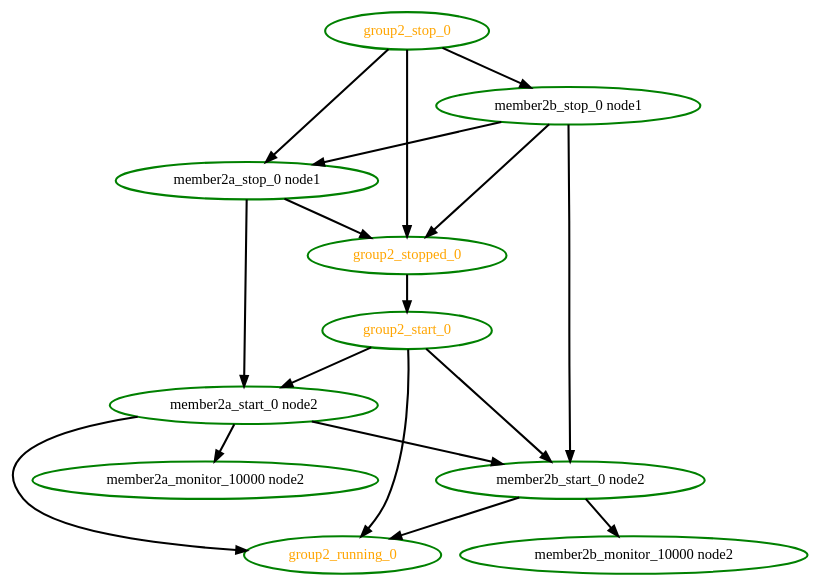
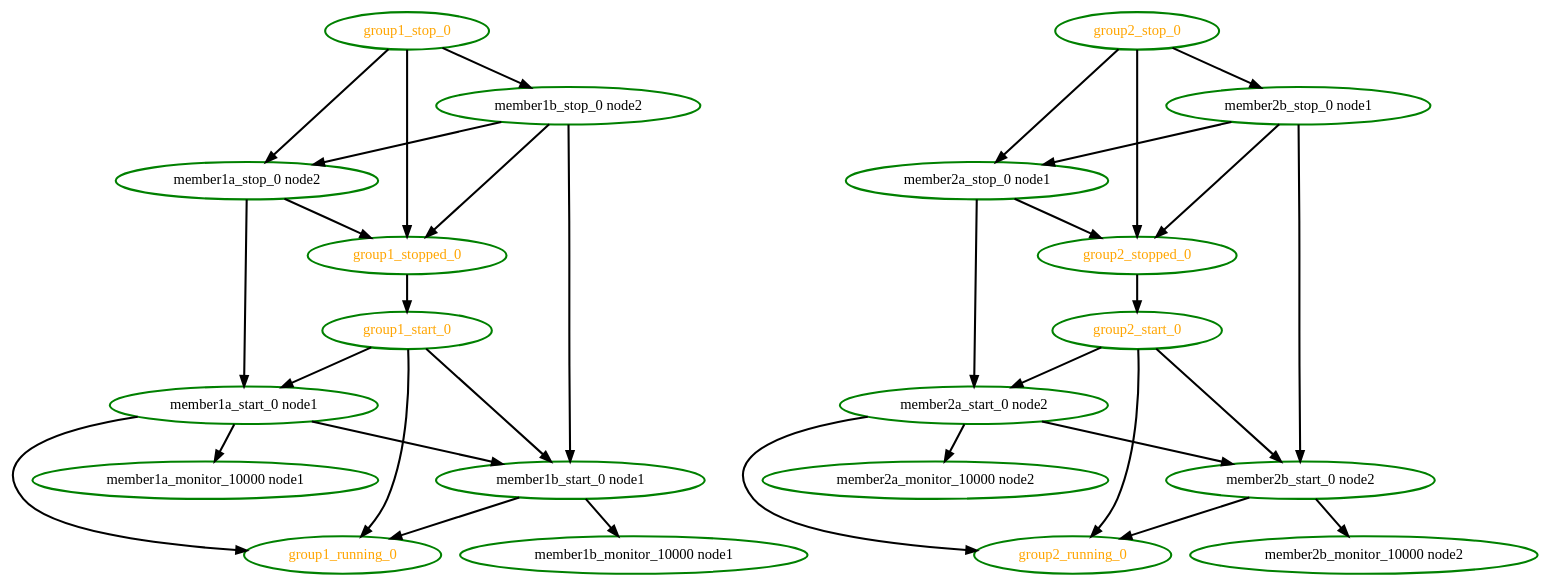
One commit to ClusterLabs/pacemaker changed the diagram in cts/scheduler/dot/group-anticolocation.dot. Above: the diagram before and after it, drawn with Graphviz. The commit also changed 4 other files, not shown here.

```diff
--- a/cts/scheduler/dot/group-anticolocation.dot
+++ b/cts/scheduler/dot/group-anticolocation.dot
@@ -1,29 +1,56 @@
  digraph "g" {
+"group1_running_0" [ style=bold color="green" fontcolor="orange"]
+"group1_start_0" -> "group1_running_0" [ style = bold]
+"group1_start_0" -> "member1a_start_0 node1" [ style = bold]
+"group1_start_0" -> "member1b_start_0 node1" [ style = bold]
+"group1_start_0" [ style=bold color="green" fontcolor="orange"]
+"group1_stop_0" -> "group1_stopped_0" [ style = bold]
+"group1_stop_0" -> "member1a_stop_0 node2" [ style = bold]
+"group1_stop_0" -> "member1b_stop_0 node2" [ style = bold]
+"group1_stop_0" [ style=bold color="green" fontcolor="orange"]
+"group1_stopped_0" -> "group1_start_0" [ style = bold]
+"group1_stopped_0" [ style=bold color="green" fontcolor="orange"]
 "group2_running_0" [ style=bold color="green" fontcolor="orange"]
 "group2_start_0" -> "group2_running_0" [ style = bold]
 "group2_start_0" -> "member2a_start_0 node2" [ style = bold]
 "group2_start_0" -> "member2b_start_0 node2" [ style = bold]
 "group2_start_0" [ style=bold color="green" fontcolor="orange"]
 "group2_stop_0" -> "group2_stopped_0" [ style = bold]
 "group2_stop_0" -> "member2a_stop_0 node1" [ style = bold]
 "group2_stop_0" -> "member2b_stop_0 node1" [ style = bold]
 "group2_stop_0" [ style=bold color="green" fontcolor="orange"]
 "group2_stopped_0" -> "group2_start_0" [ style = bold]
 "group2_stopped_0" [ style=bold color="green" fontcolor="orange"]
+"member1a_monitor_10000 node1" [ style=bold color="green" fontcolor="black"]
+"member1a_start_0 node1" -> "group1_running_0" [ style = bold]
+"member1a_start_0 node1" -> "member1a_monitor_10000 node1" [ style = bold]
+"member1a_start_0 node1" -> "member1b_start_0 node1" [ style = bold]
+"member1a_start_0 node1" [ style=bold color="green" fontcolor="black"]
+"member1a_stop_0 node2" -> "group1_stopped_0" [ style = bold]
+"member1a_stop_0 node2" -> "member1a_start_0 node1" [ style = bold]
+"member1a_stop_0 node2" [ style=bold color="green" fontcolor="black"]
+"member1b_monitor_10000 node1" [ style=bold color="green" fontcolor="black"]
+"member1b_start_0 node1" -> "group1_running_0" [ style = bold]
+"member1b_start_0 node1" -> "member1b_monitor_10000 node1" [ style = bold]
+"member1b_start_0 node1" [ style=bold color="green" fontcolor="black"]
+"member1b_stop_0 node2" -> "group1_stopped_0" [ style = bold]
+"member1b_stop_0 node2" -> "member1a_stop_0 node2" [ style = bold]
+"member1b_stop_0 node2" -> "member1b_start_0 node1" [ style = bold]
+"member1b_stop_0 node2" [ style=bold color="green" fontcolor="black"]
 "member2a_monitor_10000 node2" [ style=bold color="green" fontcolor="black"]
 "member2a_start_0 node2" -> "group2_running_0" [ style = bold]
 "member2a_start_0 node2" -> "member2a_monitor_10000 node2" [ style = bold]
 "member2a_start_0 node2" -> "member2b_start_0 node2" [ style = bold]
 "member2a_start_0 node2" [ style=bold color="green" fontcolor="black"]
 "member2a_stop_0 node1" -> "group2_stopped_0" [ style = bold]
 "member2a_stop_0 node1" -> "member2a_start_0 node2" [ style = bold]
 "member2a_stop_0 node1" [ style=bold color="green" fontcolor="black"]
 "member2b_monitor_10000 node2" [ style=bold color="green" fontcolor="black"]
 "member2b_start_0 node2" -> "group2_running_0" [ style = bold]
 "member2b_start_0 node2" -> "member2b_monitor_10000 node2" [ style = bold]
 "member2b_start_0 node2" [ style=bold color="green" fontcolor="black"]
 "member2b_stop_0 node1" -> "group2_stopped_0" [ style = bold]
 "member2b_stop_0 node1" -> "member2a_stop_0 node1" [ style = bold]
 "member2b_stop_0 node1" -> "member2b_start_0 node2" [ style = bold]
 "member2b_stop_0 node1" [ style=bold color="green" fontcolor="black"]
 }
```
